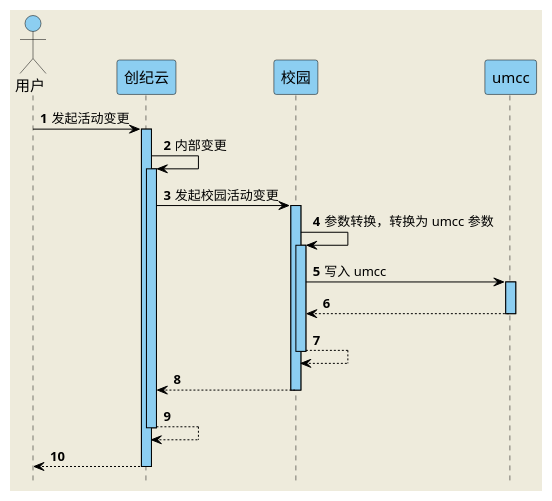
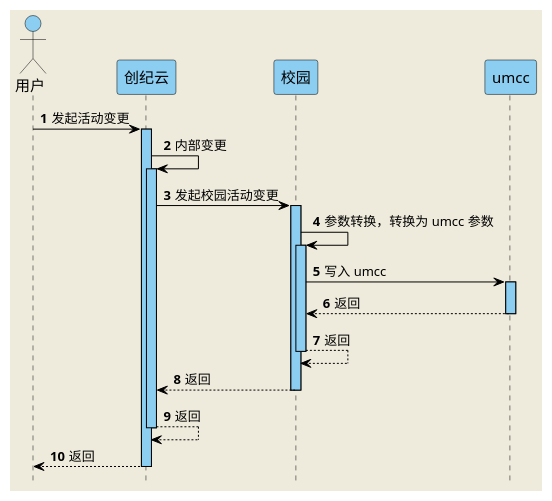
Before and after one commit to xauvlove/uml: the diagram in src/main/resource/天猫校园/营销/赠品/umcc/创纪云和校园的交互流程.puml, drawn with PlantUML. The commit also changed 21 other files, not shown here.

```diff
--- a/src/main/resource/天猫校园/营销/赠品/umcc/创纪云和校园的交互流程.puml
+++ b/src/main/resource/天猫校园/营销/赠品/umcc/创纪云和校园的交互流程.puml
@@ -1,46 +1,46 @@
 @startuml
 'https://plantuml.com/sequence-diagram
 hide footbox
 skinparam backgroundColor #EEEBDC
 autoActivate on
 autonumber
 
 skinparam sequence {
 ArrowColor black
 ActorBorderColor black
 LifeLineBorderColor black
 LifeLineBackgroundColor #8CCEF1
 
 ParticipantBorderColor black
 ParticipantBackgroundColor #8CCEF1
 'ParticipantFontName Impact
 ParticipantFontSize 15
 ParticipantFontColor black
 
 ActorBackgroundColor #8CCEF1
 ActorFontColor black
 ActorFontSize 15
 ActorFontName Aapex
 }
 
 actor 用户 as user
 participant 创纪云 as saas
 participant 校园 as tmxy
 participant umcc as umcc
 
 user -> saas : 发起活动变更
 
 saas -> saas : 内部变更
 
 saas -> tmxy : 发起校园活动变更
 
 tmxy -> tmxy : 参数转换，转换为 umcc 参数
 
 tmxy -> umcc : 写入 umcc
-return
-return
-return
-return
-return
+return 返回
+return 返回
+return 返回
+return 返回
+return 返回
 
 @enduml
```
